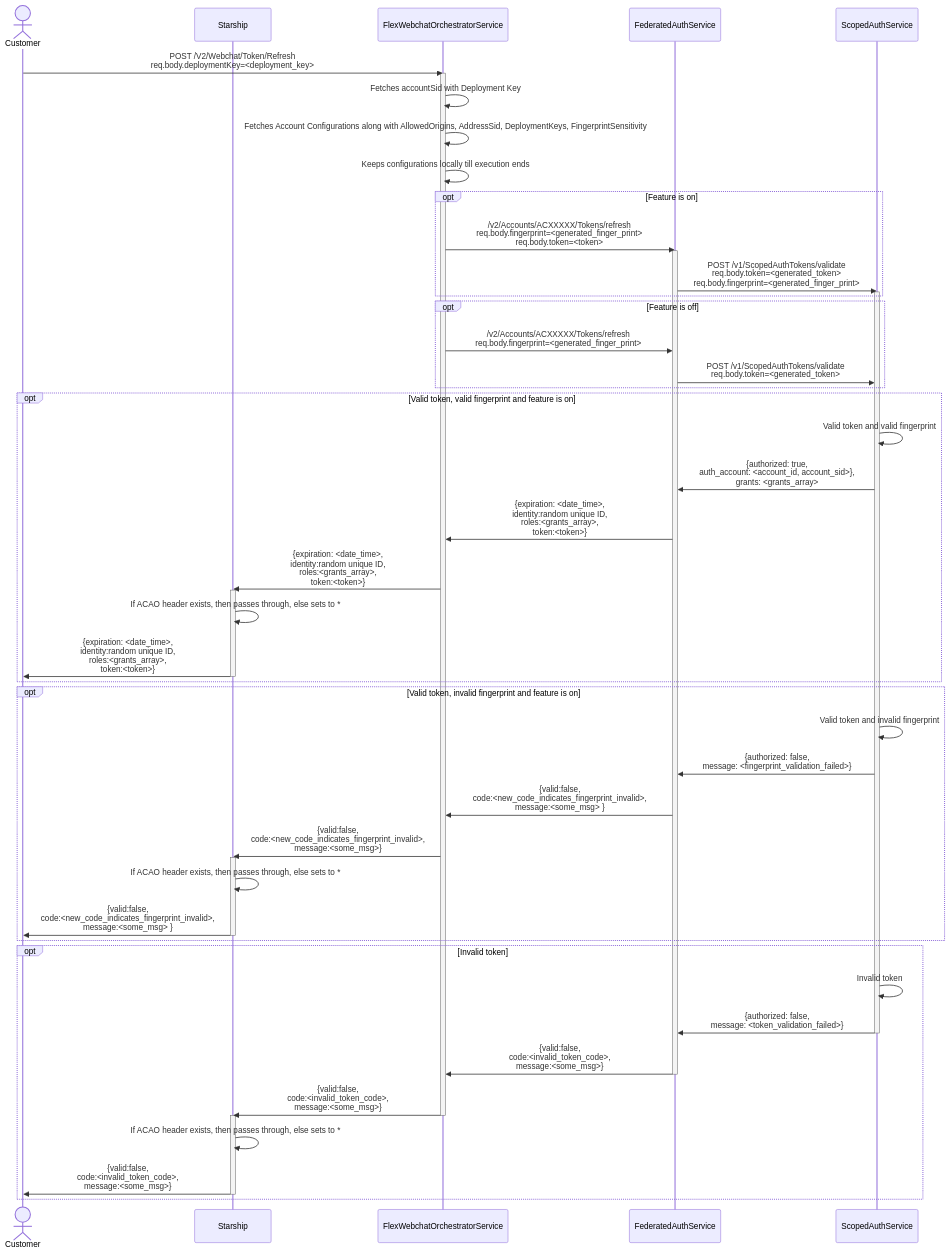
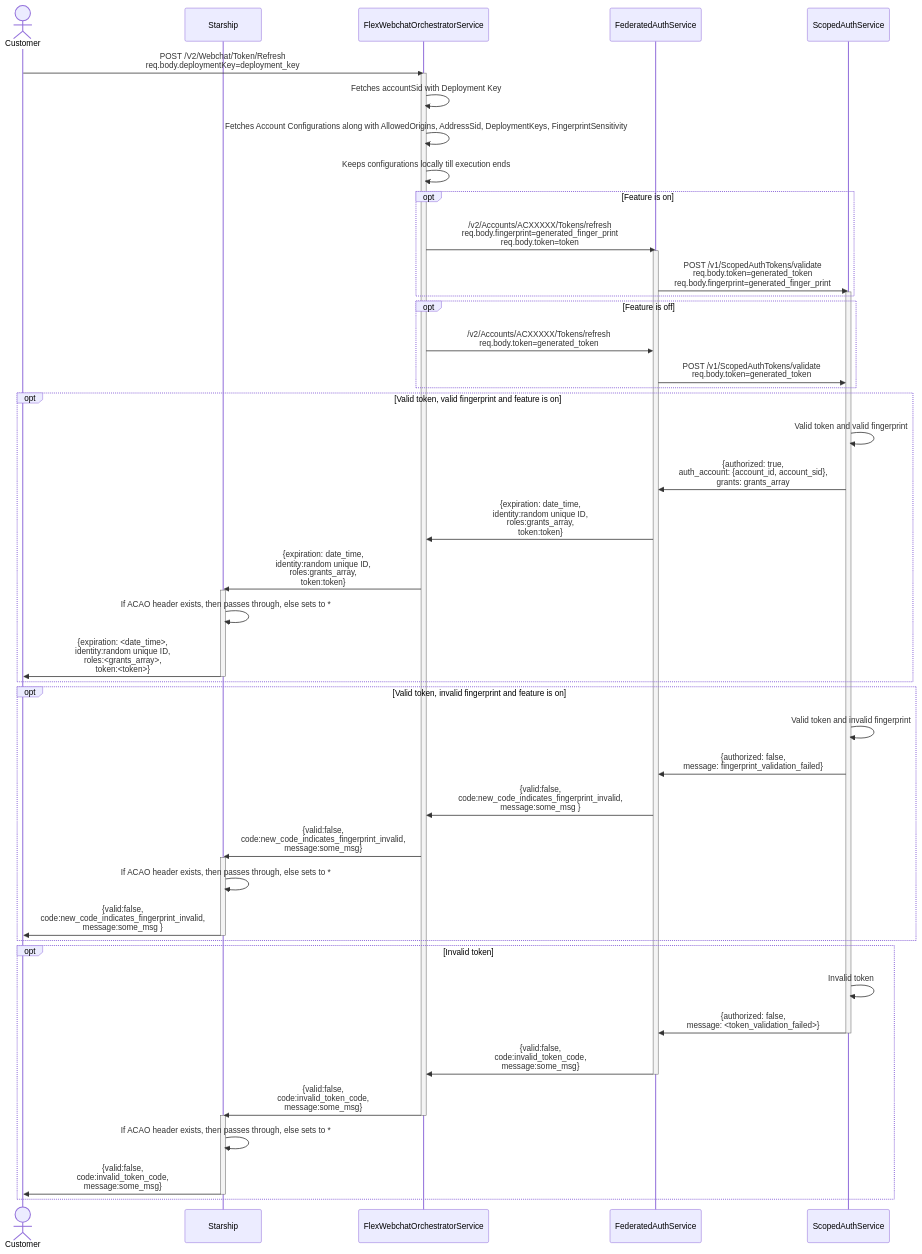
Before and after one commit to twilio/twilio-webchat-react-app: the diagram in seq_webchat_refresh_token.md, drawn with Mermaid. The commit also changed 2 other files, not shown here.

Commit message:
Adding sequence diagrams

````diff
--- a/seq_webchat_refresh_token.md
+++ b/seq_webchat_refresh_token.md
@@ -1,65 +1,65 @@
 ```mermaid
 %% Webchat Refresh Token
 sequenceDiagram
 
 actor C as Customer
 participant S as Starship
 participant FWO as FlexWebchatOrchestratorService
 participant FAS as FederatedAuthService
 participant SAS as ScopedAuthService
 
-C ->> FWO : POST /V2/Webchat/Token/Refresh <br/>req.body.deploymentKey=<deployment_key>
+C ->> FWO : POST /V2/Webchat/Token/Refresh <br/>req.body.deploymentKey=deployment_key
 activate FWO
 FWO ->> FWO : Fetches accountSid with Deployment Key
 FWO ->> FWO : Fetches Account Configurations along with AllowedOrigins, AddressSid, DeploymentKeys, FingerprintSensitivity
 FWO ->> FWO : Keeps configurations locally till execution ends
 
 opt Feature is on
-    FWO ->> FAS : /v2/Accounts/ACXXXXX/Tokens/refresh <br/>req.body.fingerprint=<generated_finger_print> <br/>req.body.token=<token>
+    FWO ->> FAS : /v2/Accounts/ACXXXXX/Tokens/refresh <br/>req.body.fingerprint=generated_finger_print <br/>req.body.token=token
     activate FAS
-    FAS ->> SAS : POST /v1/ScopedAuthTokens/validate <br/>req.body.token=<generated_token> <br/>req.body.fingerprint=<generated_finger_print>
+    FAS ->> SAS : POST /v1/ScopedAuthTokens/validate <br/>req.body.token=generated_token <br/>req.body.fingerprint=generated_finger_print
     activate SAS
 end
 
 opt Feature is off
-    FWO ->> FAS : /v2/Accounts/ACXXXXX/Tokens/refresh <br/>req.body.fingerprint=<generated_finger_print>
-    FAS ->> SAS : POST /v1/ScopedAuthTokens/validate <br/>req.body.token=<generated_token>
+    FWO ->> FAS : /v2/Accounts/ACXXXXX/Tokens/refresh <br/>req.body.token=generated_token
+    FAS ->> SAS : POST /v1/ScopedAuthTokens/validate <br/>req.body.token=generated_token
 end
 
 opt Valid token, valid fingerprint and feature is on
     SAS ->> SAS: Valid token and valid fingerprint
-    SAS ->> FAS : {authorized: true, <br/>auth_account: <account_id, account_sid>}, <br/>grants: <grants_array>
-    FAS ->> FWO : {expiration: <date_time>,<br/>identity:random unique ID, <br/>roles:<grants_array>,<br/>token:<token>}
-    FWO ->> S : {expiration: <date_time>,<br/>identity:random unique ID, <br/>roles:<grants_array>,<br/>token:<token>}
+    SAS ->> FAS : {authorized: true, <br/>auth_account: {account_id, account_sid}, <br/>grants: grants_array
+    FAS ->> FWO : {expiration: date_time,<br/>identity:random unique ID, <br/>roles:grants_array,<br/>token:token}
+    FWO ->> S : {expiration: date_time,<br/>identity:random unique ID, <br/>roles:grants_array,<br/>token:token}
     activate S
     S ->> S : If ACAO header exists, then passes through, else sets to *
     S ->> C : {expiration: <date_time>,<br/>identity:random unique ID, <br/>roles:<grants_array>,<br/>token:<token>}
     deactivate S
 end
 
 opt Valid token, invalid fingerprint and feature is on
     SAS ->> SAS: Valid token and invalid fingerprint
-    SAS ->> FAS : {authorized: false, <br/>message: <fingerprint_validation_failed>}
-    FAS ->> FWO : {valid:false, <br/>code:<new_code_indicates_fingerprint_invalid>, <br/>message:<some_msg> }
-    FWO ->> S : {valid:false, <br/>code:<new_code_indicates_fingerprint_invalid>, <br/>message:<some_msg>}
+    SAS ->> FAS : {authorized: false, <br/>message: fingerprint_validation_failed}
+    FAS ->> FWO : {valid:false, <br/>code:new_code_indicates_fingerprint_invalid, <br/>message:some_msg }
+    FWO ->> S : {valid:false, <br/>code:new_code_indicates_fingerprint_invalid, <br/>message:some_msg}
     activate S
     S ->> S : If ACAO header exists, then passes through, else sets to *
-    S ->> C : {valid:false, <br/>code:<new_code_indicates_fingerprint_invalid>, <br/>message:<some_msg> }
+    S ->> C : {valid:false, <br/>code:new_code_indicates_fingerprint_invalid, <br/>message:some_msg }
     deactivate S
 end
 
 opt Invalid token
     SAS ->> SAS: Invalid token
     SAS ->> FAS : {authorized: false, <br/>message: <token_validation_failed>}
     deactivate SAS
-    FAS ->> FWO : {valid:false, <br/>code:<invalid_token_code>, <br/>message:<some_msg>}
+    FAS ->> FWO : {valid:false, <br/>code:invalid_token_code, <br/>message:some_msg}
     deactivate FAS
-    FWO ->> S : {valid:false, <br/>code:<invalid_token_code>, <br/>message:<some_msg>}
+    FWO ->> S : {valid:false, <br/>code:invalid_token_code, <br/>message:some_msg}
     deactivate FWO
     activate S
     S ->> S : If ACAO header exists, then passes through, else sets to *
-    S ->> C : {valid:false, <br/>code:<invalid_token_code>, <br/>message:<some_msg>}
+    S ->> C : {valid:false, <br/>code:invalid_token_code, <br/>message:some_msg}
     deactivate S
 end
 
 ```
````
